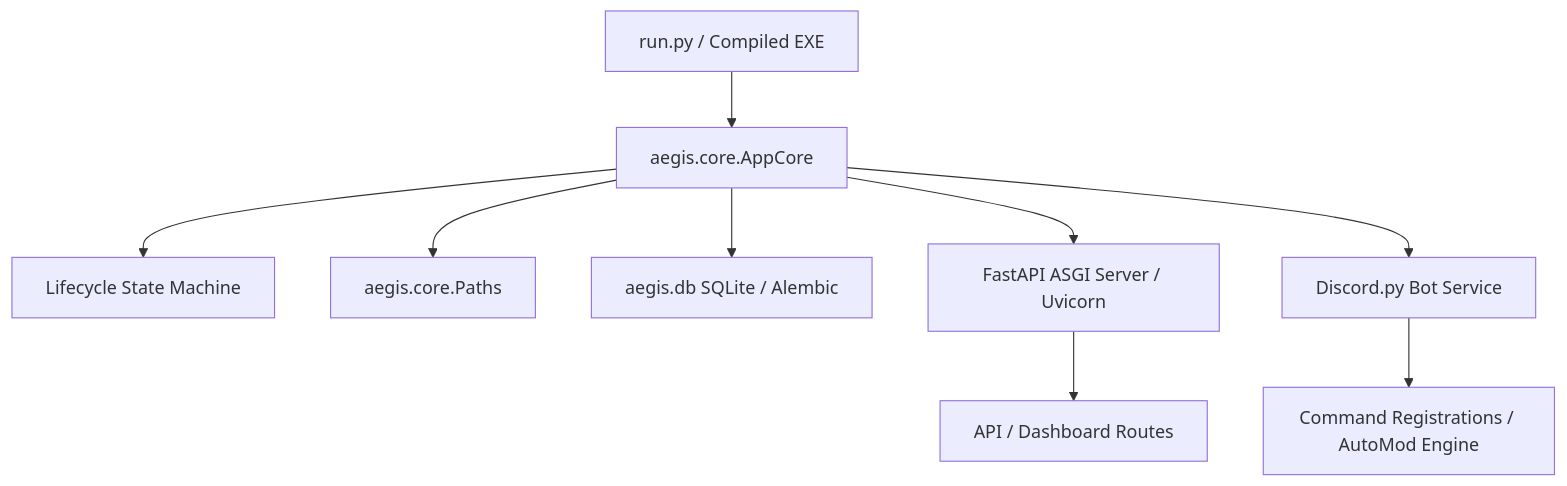
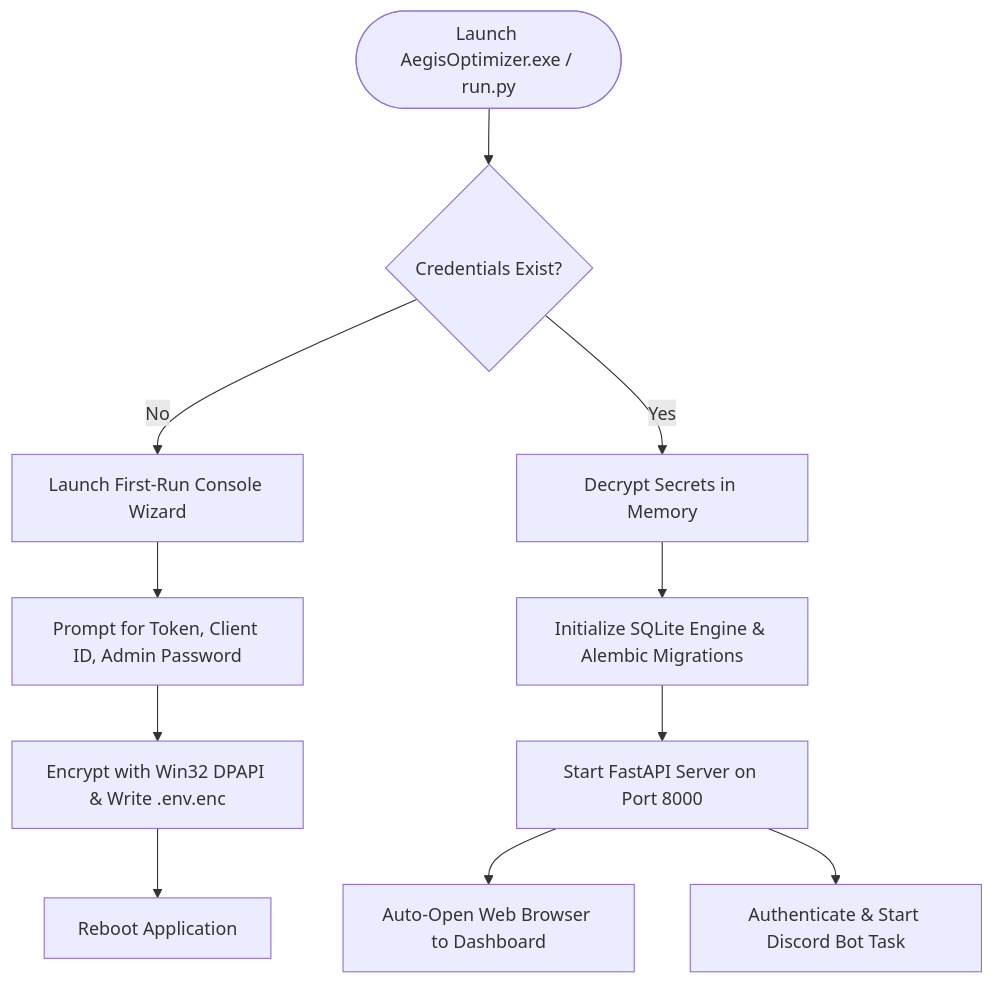
Before and after one commit to Cyril-47/Aegis-Suite: the second of 5 diagrams in README.md, drawn with Mermaid. The commit also changed other lines of this file and 18 other files, not shown here.

Commit message:
Phase 1-3: Repository Professionalization, README overhaul, and package architecture cleanup

````diff
--- a/README.md
+++ b/README.md
@@ -40,11 +52,13 @@
 ```mermaid
-graph TD
-    Launcher[run.py / Compiled EXE] --> AppCore[aegis.core.AppCore]
-    AppCore --> State[Lifecycle State Machine]
-    AppCore --> paths[aegis.core.Paths]
-    AppCore --> db[aegis.db SQLite / Alembic]
-    AppCore --> WebService[FastAPI ASGI Server / Uvicorn]
-    AppCore --> BotService[Discord.py Bot Service]
-    BotService --> commands[Command Registrations / AutoMod Engine]
-    WebService --> endpoints[API / Dashboard Routes]
+flowchart TD
+    Start([Launch AegisOptimizer.exe / run.py]) --> CheckEnv{Credentials Exist?}
+    CheckEnv -- No --> ShowWizard[Launch First-Run Console Wizard]
+    ShowWizard --> GetSecrets[Prompt for Token, Client ID, Admin Password]
+    GetSecrets --> Encrypt[Encrypt with Win32 DPAPI & Write .env.enc]
+    Encrypt --> Reboot[Reboot Application]
+    CheckEnv -- Yes --> Decrypt[Decrypt Secrets in Memory]
+    Decrypt --> DB[Initialize SQLite Engine & Alembic Migrations]
+    DB --> Web[Start FastAPI Server on Port 8000]
+    Web --> Browser[Auto-Open Web Browser to Dashboard]
+    Web --> DiscordBot[Authenticate & Start Discord Bot Task]
 ```
````
